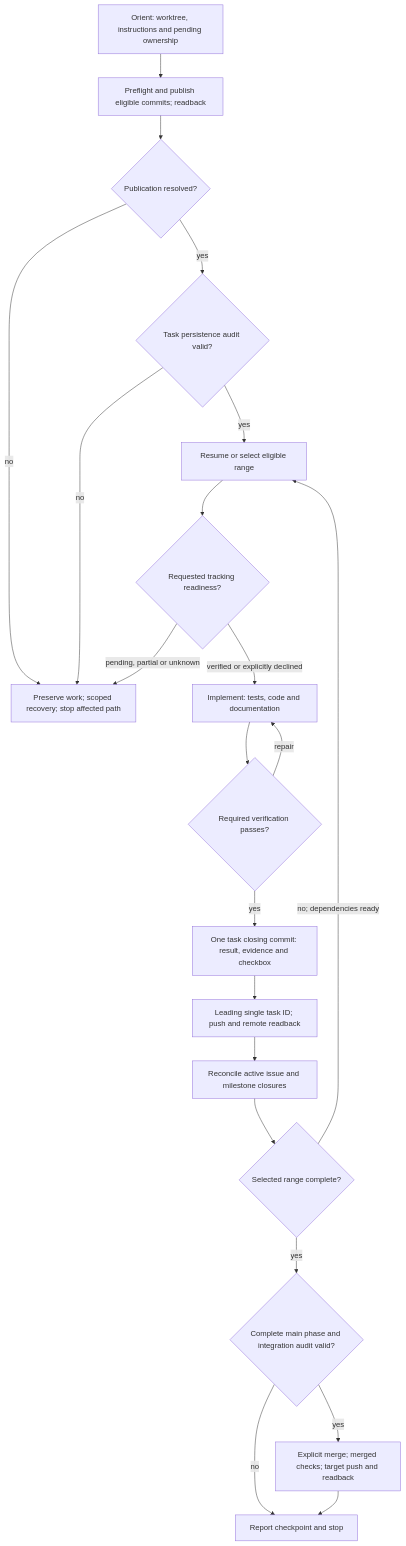
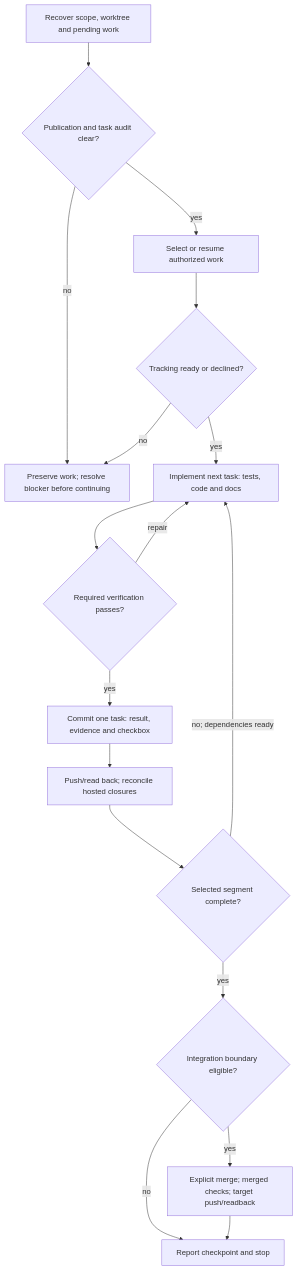
The fourth of 6 diagrams in .agents/plugins/sdd-manager/README.md (pchemguy/SDD-Manager-Template), drawn with Mermaid before and after one commit. The commit also changed other lines of this file and 15 other files, not shown here.

````diff
--- a/.agents/plugins/sdd-manager/README.md
+++ b/.agents/plugins/sdd-manager/README.md
@@ -204,23 +227,19 @@
 ```mermaid
 flowchart TB
-    O["Orient: worktree, instructions and pending ownership"] --> I["Preflight and publish eligible commits; readback"]
-    I --> Q{"Publication resolved?"}
-    Q -->|"no"| X["Preserve work; scoped recovery; stop affected path"]
-    Q -->|"yes"| A{"Task persistence audit valid?"}
-    A -->|"no"| X
-    A -->|"yes"| S["Resume or select eligible range"]
-    S --> H{"Requested tracking readiness?"}
-    H -->|"pending, partial or unknown"| X
-    H -->|"verified or explicitly declined"| T["Implement: tests, code and documentation"]
+    O["Recover scope, worktree and pending work"] --> A{"Publication and task audit clear?"}
+    A -->|"no"| X["Preserve work; resolve blocker before continuing"]
+    A -->|"yes"| S["Select or resume authorized work"]
+    S --> H{"Tracking ready or declined?"}
+    H -->|"no"| X
+    H -->|"yes"| T["Implement next task: tests, code and docs"]
     T --> V{"Required verification passes?"}
     V -->|"repair"| T
-    V -->|"yes"| C["One task closing commit: result, evidence and checkbox"]
-    C --> P["Leading single task ID; push and remote readback"]
-    P --> F["Reconcile active issue and milestone closures"]
-    F --> B{"Selected range complete?"}
-    B -->|"no; dependencies ready"| S
-    B -->|"yes"| G{"Complete main phase and integration audit valid?"}
+    V -->|"yes"| C["Commit one task: result, evidence and checkbox"]
+    C --> P["Push/read back; reconcile hosted closures"]
+    P --> B{"Selected segment complete?"}
+    B -->|"no; dependencies ready"| T
+    B -->|"yes"| G{"Integration boundary eligible?"}
     G -->|"no"| E["Report checkpoint and stop"]
-    G -->|"yes"| M["Explicit merge; merged checks; target push and readback"]
+    G -->|"yes"| M["Explicit merge; merged checks; target push/readback"]
     M --> E
 ```
````
